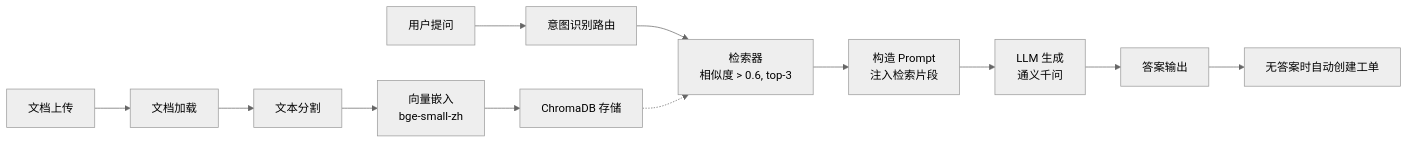
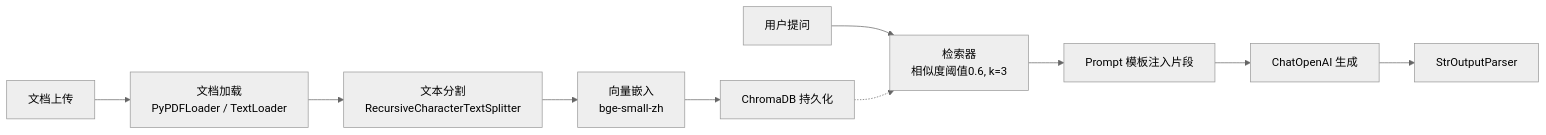
One commit to 2442511245/Fast-API-IT-Assistant changed the fourth of 5 diagrams in README.md. Above: the diagram before and after it, drawn with Mermaid (neutral theme). The commit also changed other lines of this file, not shown here.

````diff
--- a/README.md
+++ b/README.md
@@ -26,16 +113,12 @@
 ```mermaid
 graph LR
-    A[文档上传] --> B[文档加载]
-    B --> C[文本分割]
+    A[文档上传] --> B[文档加载<br/>PyPDFLoader / TextLoader]
+    B --> C[文本分割<br/>RecursiveCharacterTextSplitter]
     C --> D[向量嵌入<br/>bge-small-zh]
-    D --> E[ChromaDB 存储]
-
-    F[用户提问] --> G[意图识别路由]
-    G --> H[检索器<br/>相似度 > 0.6, top-3]
-    H --> I[构造 Prompt<br/>注入检索片段]
-    I --> J[LLM 生成<br/>通义千问]
-    J --> K[答案输出]
-
-    E -.-> H
-    K --> L[无答案时自动创建工单]
-  ```
+    D --> E[ChromaDB 持久化]
+    F[用户提问] --> G[检索器<br/>相似度阈值0.6, k=3]
+    E -.-> G
+    G --> H[Prompt 模板注入片段]
+    H --> I[ChatOpenAI 生成]
+    I --> J[StrOutputParser]
+```
````
